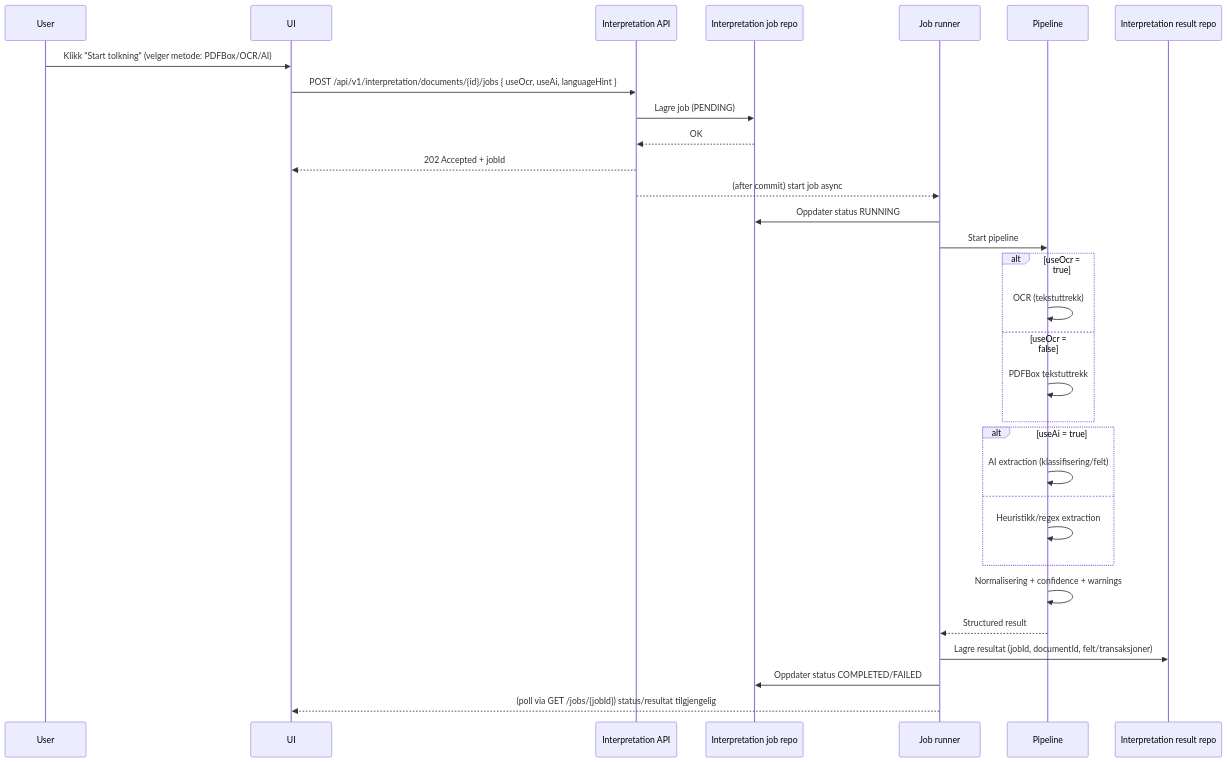
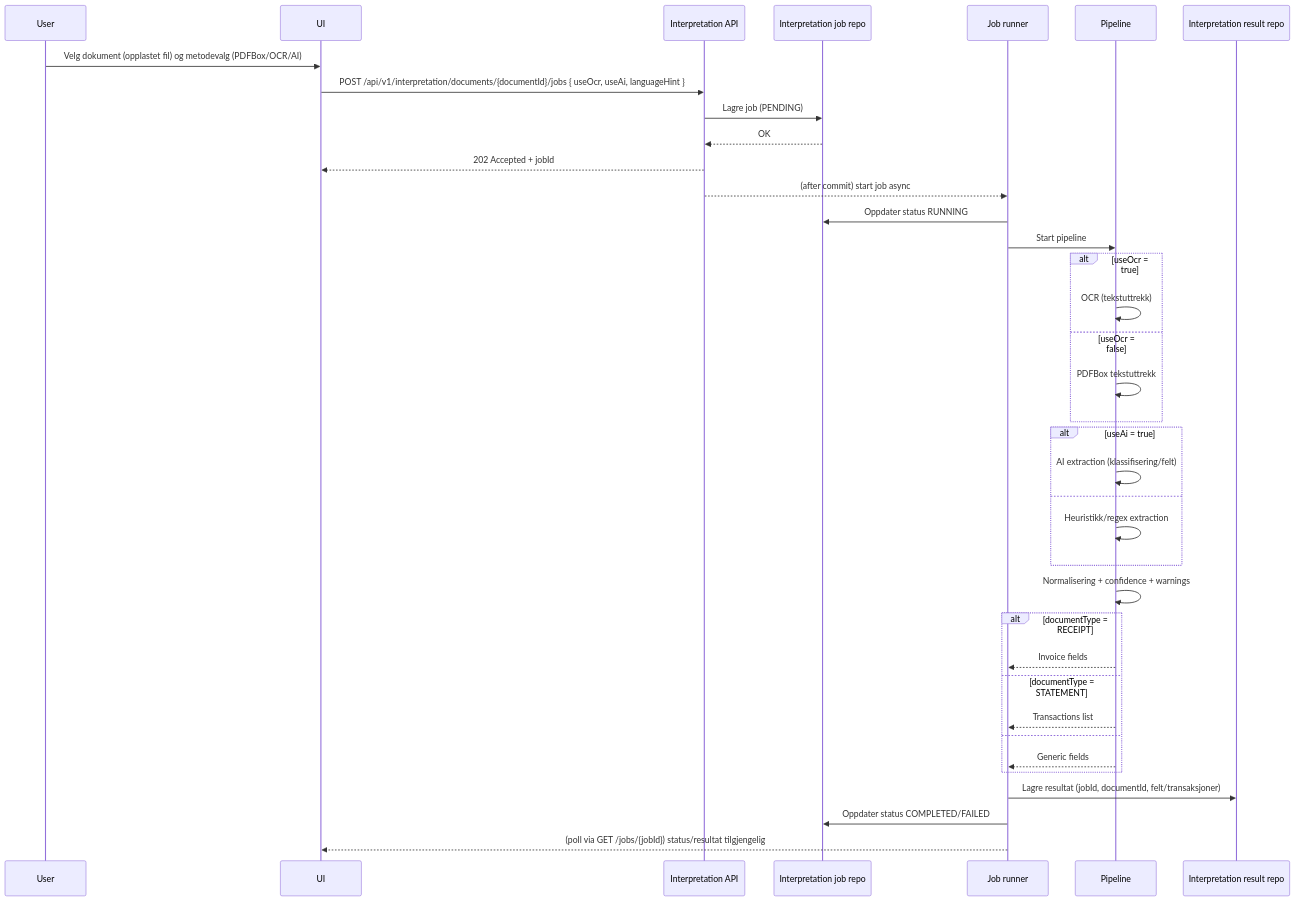
One commit to Frankiestesting/pocketaccount changed the third of 3 diagrams in ARCHITECTURE.md. Above: the diagram before and after it, drawn with Mermaid.

Commit message:
Seq diagram interpret updated

````diff
--- a/ARCHITECTURE.md
+++ b/ARCHITECTURE.md
@@ -193,35 +193,41 @@
 ```mermaid
 sequenceDiagram
   participant User
   participant UI
   participant IntAPI as Interpretation API
   participant JobRepo as Interpretation job repo
   participant Runner as Job runner
   participant Pipeline as Pipeline
   participant ResultRepo as Interpretation result repo
 
-  User->>UI: Klikk "Start tolkning" (velger metode: PDFBox/OCR/AI)
-  UI->>IntAPI: POST /api/v1/interpretation/documents/{id}/jobs { useOcr, useAi, languageHint }
+  User->>UI: Velg dokument (opplastet fil) og metodevalg (PDFBox/OCR/AI)
+  UI->>IntAPI: POST /api/v1/interpretation/documents/{documentId}/jobs { useOcr, useAi, languageHint }
   IntAPI->>JobRepo: Lagre job (PENDING)
   JobRepo-->>IntAPI: OK
   IntAPI-->>UI: 202 Accepted + jobId
   IntAPI-->>Runner: (after commit) start job async
 
   Runner->>JobRepo: Oppdater status RUNNING
   Runner->>Pipeline: Start pipeline
   alt useOcr = true
     Pipeline->>Pipeline: OCR (tekstuttrekk)
   else useOcr = false
     Pipeline->>Pipeline: PDFBox tekstuttrekk
   end
   alt useAi = true
     Pipeline->>Pipeline: AI extraction (klassifisering/felt)
   else
     Pipeline->>Pipeline: Heuristikk/regex extraction
   end
   Pipeline->>Pipeline: Normalisering + confidence + warnings
-  Pipeline-->>Runner: Structured result
+  alt documentType = RECEIPT
+    Pipeline-->>Runner: Invoice fields
+  else documentType = STATEMENT
+    Pipeline-->>Runner: Transactions list
+  else
+    Pipeline-->>Runner: Generic fields
+  end
   Runner->>ResultRepo: Lagre resultat (jobId, documentId, felt/transaksjoner)
   Runner->>JobRepo: Oppdater status COMPLETED/FAILED
   Runner-->>UI: (poll via GET /jobs/{jobId}) status/resultat tilgjengelig
 ```
````
